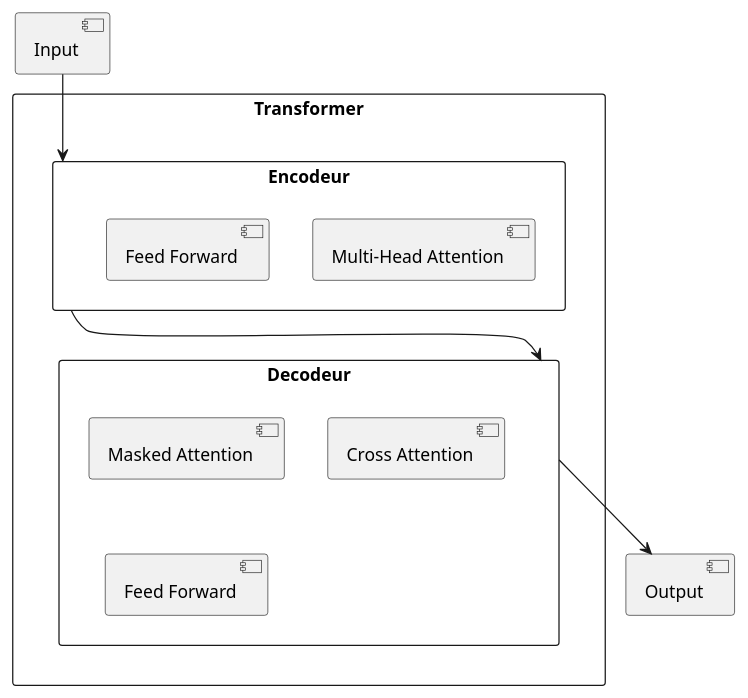
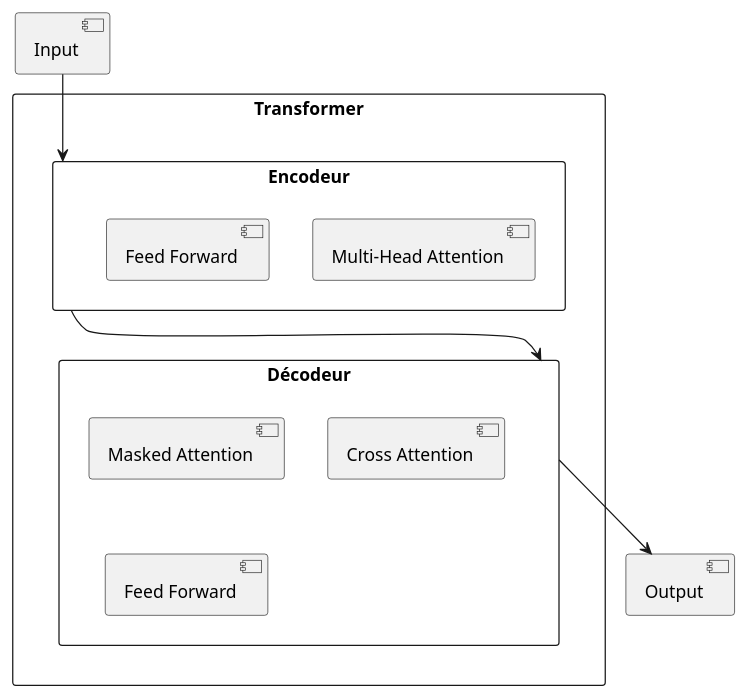
Before and after one commit to julien-riel/julien-riel-site: the second of 2 diagrams in src/posts/2024-01-15-introduction-ia-moderne.md, drawn with PlantUML. The commit also changed other lines of this file and 1 other file, not shown here.

````diff
--- a/src/posts/2024-01-15-introduction-ia-moderne.md
+++ b/src/posts/2024-01-15-introduction-ia-moderne.md
@@ -113,19 +113,19 @@
 ```plantuml
 @startuml
 rectangle "Transformer" {
   rectangle "Encodeur" {
     [Multi-Head Attention]
     [Feed Forward]
   }
-  rectangle "Decodeur" {
+  rectangle "Décodeur" {
     [Masked Attention]
     [Cross Attention]
     [Feed Forward] as FF2
   }
 }
 
 [Input] --> [Encodeur]
-[Encodeur] --> [Decodeur]
-[Decodeur] --> [Output]
+[Encodeur] --> [Décodeur]
+[Décodeur] --> [Output]
 @enduml
 ```
````
